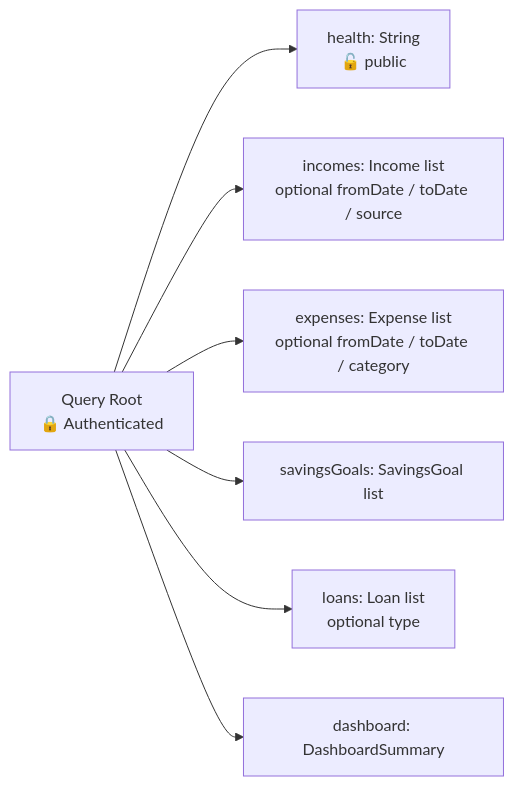
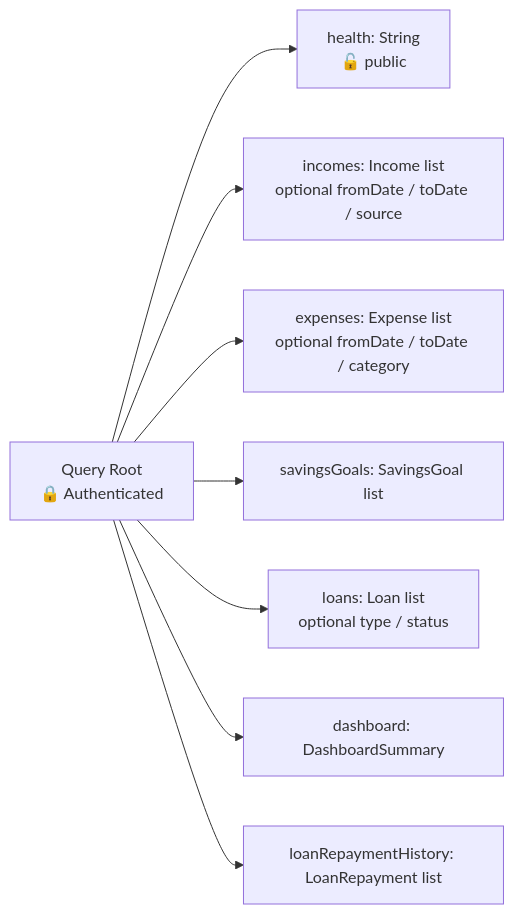
The fifth of 11 diagrams in docs/TRD.md (dev-personal-projects/vela), drawn with Mermaid before and after one commit. The commit also changed other lines of this file and 20 other files, not shown here.

First line of the commit message:
✨ feat: implement loan repayment features in GraphQL API

````diff
--- a/docs/TRD.md
+++ b/docs/TRD.md
@@ -192,11 +192,12 @@
 ```mermaid
 flowchart LR
     Q[Query Root\n🔒 Authenticated]
 
     Q --> QH[health: String\n🔓 public]
     Q --> QI[incomes: Income list\noptional fromDate / toDate / source]
     Q --> QE[expenses: Expense list\noptional fromDate / toDate / category]
     Q --> QS[savingsGoals: SavingsGoal list]
-    Q --> QL[loans: Loan list\noptional type]
+    Q --> QL[loans: Loan list\noptional type / status]
     Q --> QD[dashboard: DashboardSummary]
+    Q --> QR[loanRepaymentHistory: LoanRepayment list]
 ```
````
